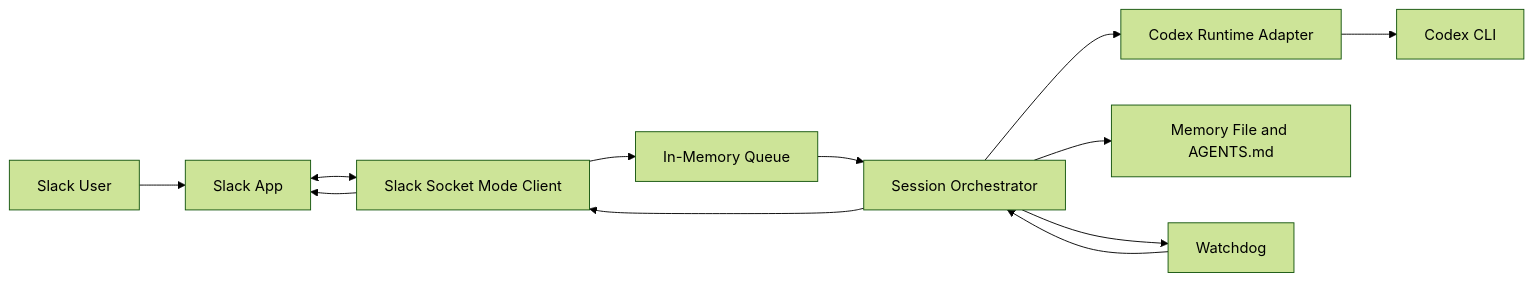
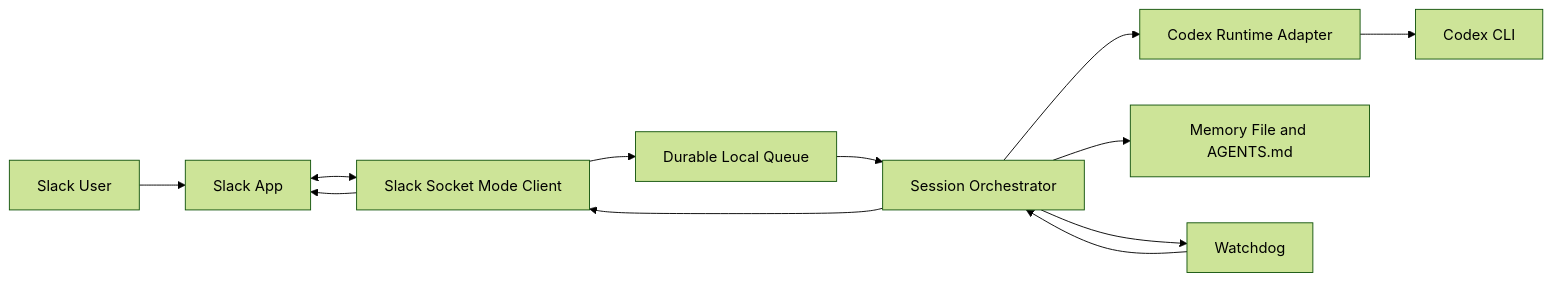
The diagram in README.md (kwang2049/coderclaw), drawn with Mermaid (forest theme) before and after one commit. The commit also changed other lines of this file and 20 other files, not shown here.

````diff
--- a/README.md
+++ b/README.md
@@ -32,14 +33,14 @@
 ```mermaid
 flowchart LR
     U[Slack User] --> S[Slack App]
     S <--> A[Slack Socket Mode Client]
-    A --> Q[In-Memory Queue]
+    A --> Q[Durable Local Queue]
     Q --> O[Session Orchestrator]
     O --> R[Codex Runtime Adapter]
     R --> X[Codex CLI]
     O --> M[Memory File and AGENTS.md]
     O --> W[Watchdog]
     W --> O
     O --> A
     A --> S
 ```
````
